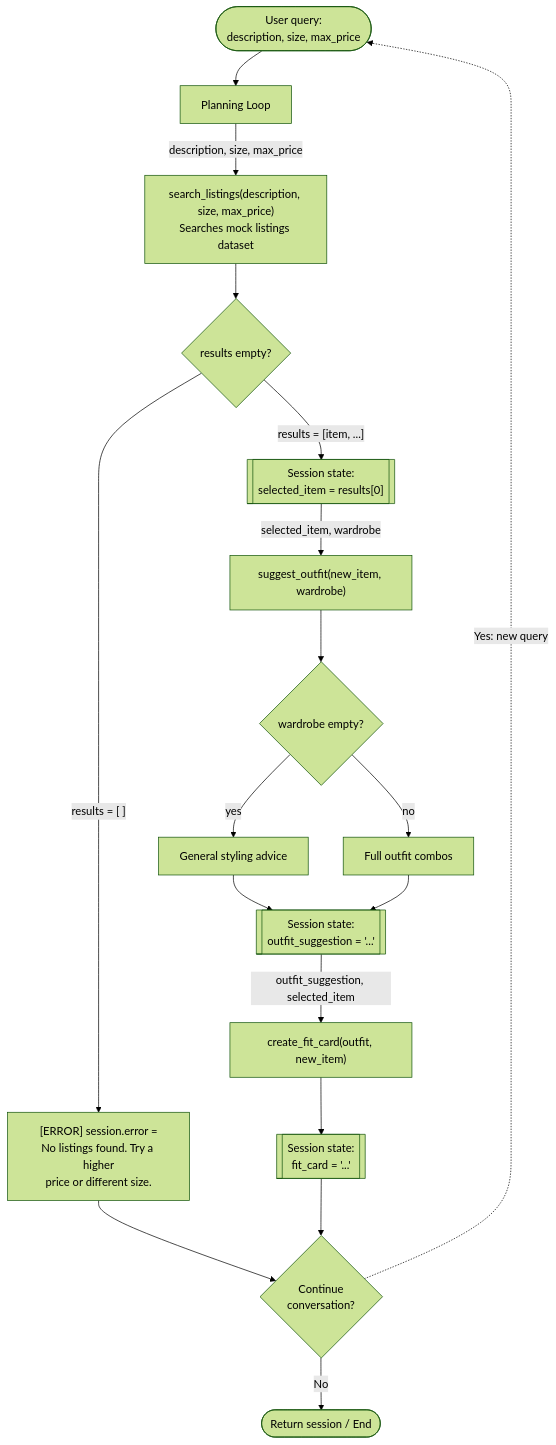
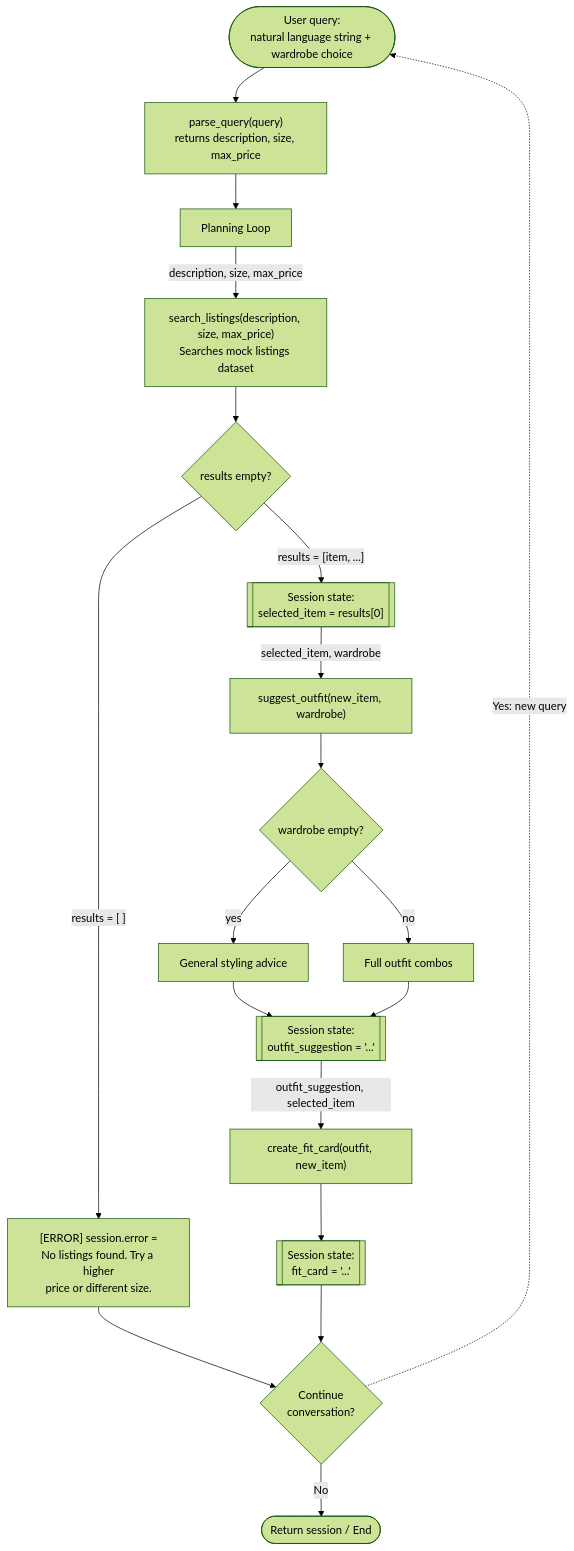
Before and after one commit to a-maryam/ai201-project2-fitfindr-starter: the diagram in planning.md, drawn with Mermaid (forest theme). The commit also changed other lines of this file, not shown here.

Commit message:
Individual tool implementation details, add additional tool, update mermaid diagram

````diff
--- a/planning.md
+++ b/planning.md
@@ -122,28 +160,24 @@
-``` mermaid
+```mermaid
 flowchart TD
-    User([User query:<br/>description, size, max_price])
-    User --> PL[Planning Loop]
-
+    User([User query:<br/>natural language string + wardrobe choice])
+    User --> Parse["parse_query(query)<br/>returns description, size, max_price"]
+    Parse --> PL[Planning Loop]
     PL -->|"description, size, max_price"| Search["search_listings(description, size, max_price)<br/>Searches mock listings dataset"]
-
     Search --> CheckEmpty{results empty?}
-
     CheckEmpty -->|"results = [ ]"| Err["[ERROR] session.error =<br/>No listings found. Try a higher<br/>price or different size."]
-
     CheckEmpty -->|"results = [item, ...]"| S1[["Session state:<br/>selected_item = results[0]"]]
     S1 -->|"selected_item, wardrobe"| Suggest["suggest_outfit(new_item, wardrobe)"]
-
     Suggest --> WardrobeCheck{wardrobe empty?}
     WardrobeCheck -->|"yes"| GeneralAdvice["General styling advice"]
     WardrobeCheck -->|"no"| FullOutfit["Full outfit combos"]
     GeneralAdvice --> S2[["Session state:<br/>outfit_suggestion = '...'"]]
     FullOutfit --> S2
-
     S2 -->|"outfit_suggestion, selected_item"| FitCard["create_fit_card(outfit, new_item)"]
     FitCard --> S3[["Session state:<br/>fit_card = '...'"]]
-
     Err --> Continue{Continue<br/>conversation?}
     S3 --> Continue
     Continue -.->|"Yes: new query"| User
     Continue -->|No| End([Return session / End])
+
+
 ```
````
